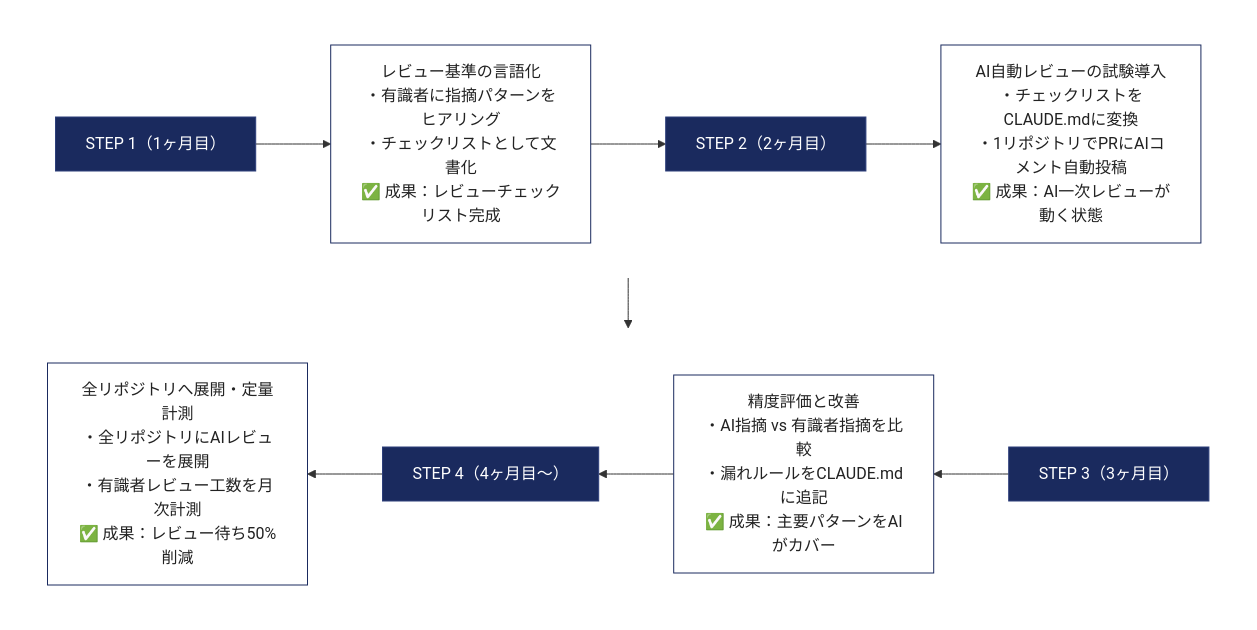
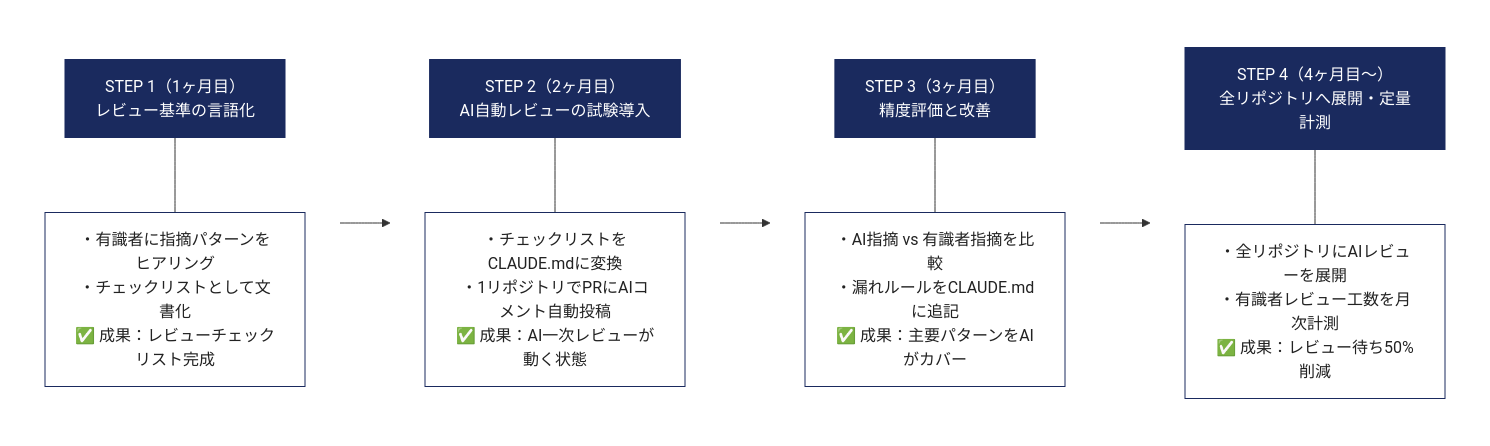
Before and after one commit to Kengo55555/My_Study: the first of 10 diagrams in AI_Idea/AI_ADOPTION_PROPOSAL.md, drawn with Mermaid. The commit also changed other lines of this file and 1 other file, not shown here.

Commit message:
Redesign Mermaid: horizontal LR layout, navy header + white body per step card

````diff
--- a/AI_Idea/AI_ADOPTION_PROPOSAL.md
+++ b/AI_Idea/AI_ADOPTION_PROPOSAL.md
@@ -53,22 +53,28 @@
 ```mermaid
-flowchart TD
-    subgraph row1[" "]
-        direction LR
-        T1["STEP 1（1ヶ月目）"] --> C1["レビュー基準の言語化<br/>・有識者に指摘パターンをヒアリング<br/>・チェックリストとして文書化<br/>✅ 成果：レビューチェックリスト完成"]
-        C1 --> T2["STEP 2（2ヶ月目）"]
-        T2 --> C2["AI自動レビューの試験導入<br/>・チェックリストをCLAUDE.mdに変換<br/>・1リポジトリでPRにAIコメント自動投稿<br/>✅ 成果：AI一次レビューが動く状態"]
+flowchart LR
+    subgraph s1[" "]
+        direction TB
+        H1["STEP 1（1ヶ月目）<br/>レビュー基準の言語化"] --- B1["・有識者に指摘パターンをヒアリング<br/>・チェックリストとして文書化<br/>✅ 成果：レビューチェックリスト完成"]
     end
-    subgraph row2[" "]
-        direction RL
-        T3["STEP 3（3ヶ月目）"] --> C3["精度評価と改善<br/>・AI指摘 vs 有識者指摘を比較<br/>・漏れルールをCLAUDE.mdに追記<br/>✅ 成果：主要パターンをAIがカバー"]
-        C3 --> T4["STEP 4（4ヶ月目〜）"]
-        T4 --> C4["全リポジトリへ展開・定量計測<br/>・全リポジトリにAIレビューを展開<br/>・有識者レビュー工数を月次計測<br/>✅ 成果：レビュー待ち50%削減"]
+    subgraph s2[" "]
+        direction TB
+        H2["STEP 2（2ヶ月目）<br/>AI自動レビューの試験導入"] --- B2["・チェックリストをCLAUDE.mdに変換<br/>・1リポジトリでPRにAIコメント自動投稿<br/>✅ 成果：AI一次レビューが動く状態"]
     end
-    C2 --> T3
-    style row1 fill:transparent,stroke:transparent,color:transparent
-    style row2 fill:transparent,stroke:transparent,color:transparent
-    classDef title fill:#1a2a5e,stroke:#2c3e7a,color:#fff
-    classDef content fill:#fff,stroke:#1a2a5e,color:#222
-    class T1,T2,T3,T4 title
-    class C1,C2,C3,C4 content
+    subgraph s3[" "]
+        direction TB
+        H3["STEP 3（3ヶ月目）<br/>精度評価と改善"] --- B3["・AI指摘 vs 有識者指摘を比較<br/>・漏れルールをCLAUDE.mdに追記<br/>✅ 成果：主要パターンをAIがカバー"]
+    end
+    subgraph s4[" "]
+        direction TB
+        H4["STEP 4（4ヶ月目〜）<br/>全リポジトリへ展開・定量計測"] --- B4["・全リポジトリにAIレビューを展開<br/>・有識者レビュー工数を月次計測<br/>✅ 成果：レビュー待ち50%削減"]
+    end
+    s1 --> s2 --> s3 --> s4
+    style s1 fill:transparent,stroke:transparent,color:transparent
+    style s2 fill:transparent,stroke:transparent,color:transparent
+    style s3 fill:transparent,stroke:transparent,color:transparent
+    style s4 fill:transparent,stroke:transparent,color:transparent
+    classDef hdr fill:#1a2a5e,stroke:#1a2a5e,color:#fff
+    classDef bdy fill:#fff,stroke:#1a2a5e,color:#222
+    class H1,H2,H3,H4 hdr
+    class B1,B2,B3,B4 bdy
 ```
````
